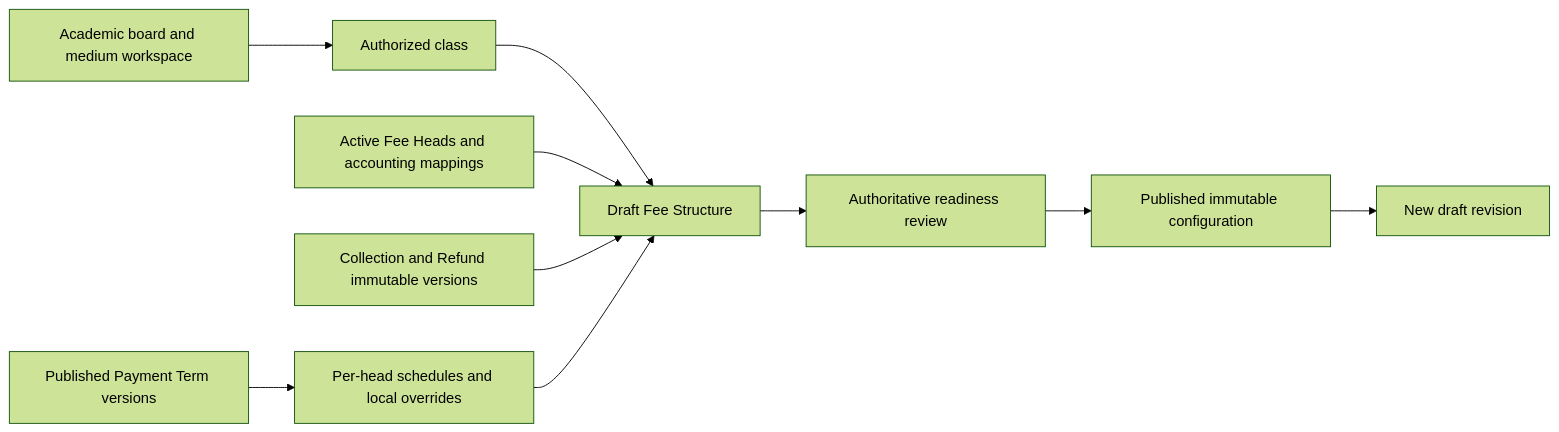
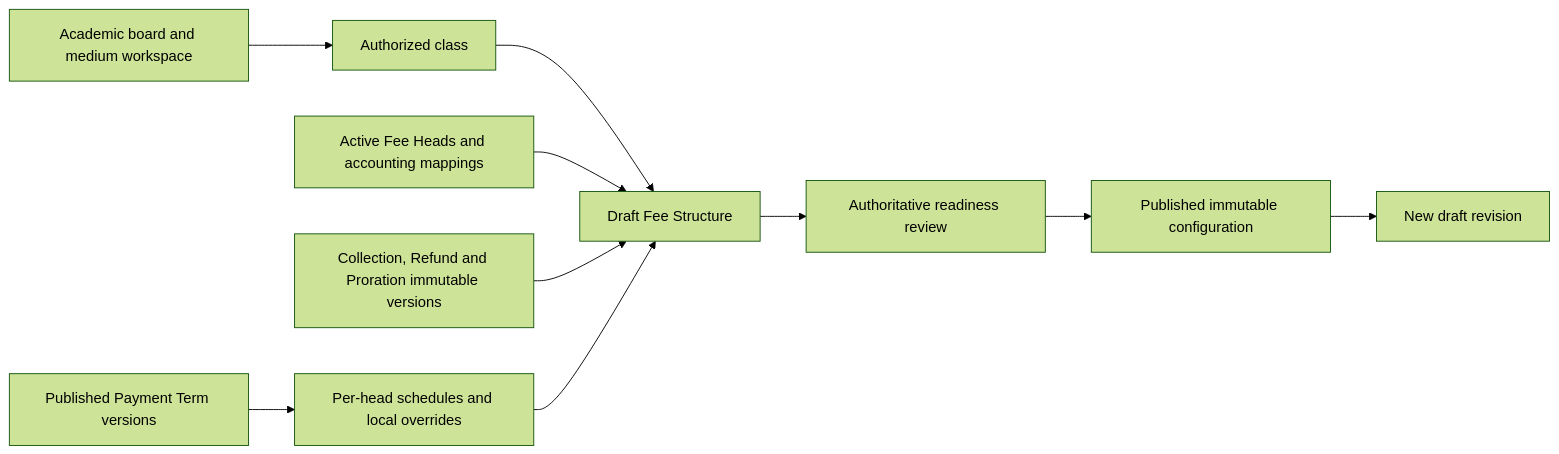
The diagram in docs/modules/finance/references/fee-structure-workspace.md (gyanmirai/Shikshamitra-BE), drawn with Mermaid (forest theme) before and after one commit. The commit also changed other lines of this file and 6 other files, not shown here.

````diff
--- a/docs/modules/finance/references/fee-structure-workspace.md
+++ b/docs/modules/finance/references/fee-structure-workspace.md
@@ -17,12 +17,12 @@
 ```mermaid
 flowchart LR
     M[Academic board and medium workspace] --> C[Authorized class]
     C --> D[Draft Fee Structure]
     H[Active Fee Heads and accounting mappings] --> D
-    P[Collection and Refund immutable versions] --> D
+    P[Collection, Refund and Proration immutable versions] --> D
     T[Published Payment Term versions] --> L[Per-head schedules and local overrides]
     L --> D
     D --> V[Authoritative readiness review]
     V --> F[Published immutable configuration]
     F --> R[New draft revision]
 ```
````
